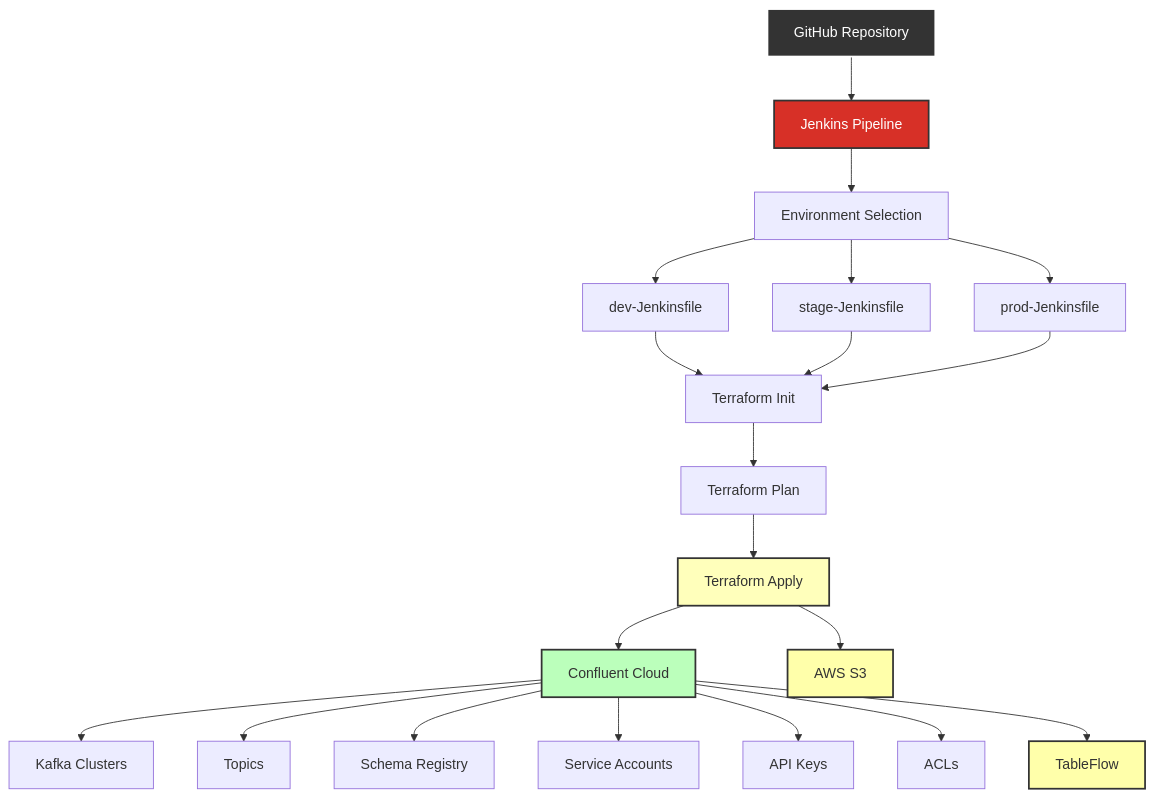
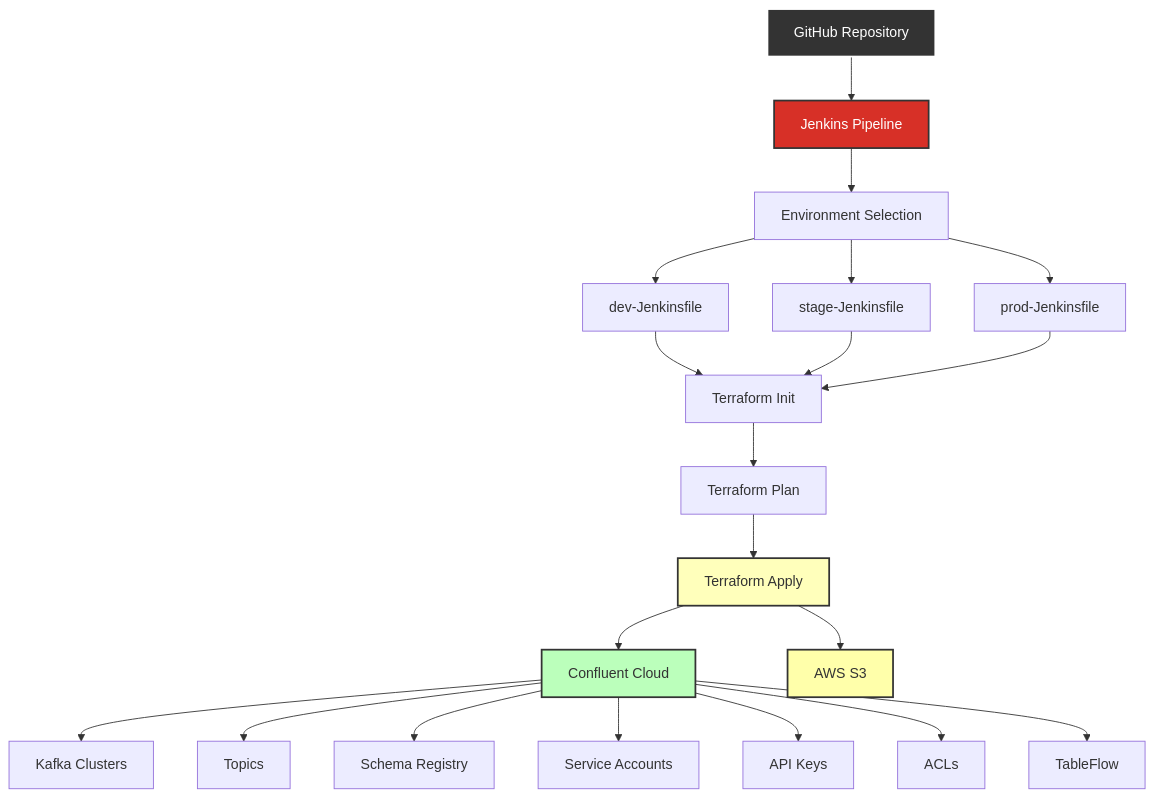
The diagram in README.md (ssantrosyan777/confluent-provisioning), drawn with Mermaid before and after one commit.

````diff
--- a/README.md
+++ b/README.md
@@ -62,29 +62,28 @@
 ```mermaid
 graph TD
     A[GitHub Repository] --> B[Jenkins Pipeline]
     B --> C[Environment Selection]
     C --> D[dev-Jenkinsfile]
     C --> E[stage-Jenkinsfile]
     C --> F[prod-Jenkinsfile]
     D --> G[Terraform Init]
     E --> G
     F --> G
     G --> H[Terraform Plan]
     H --> I[Terraform Apply]
     I --> J[Confluent Cloud]
     I --> Q[AWS S3]
     J --> K[Kafka Clusters]
     J --> L[Topics]
     J --> M[Schema Registry]
     J --> N[Service Accounts]
     J --> O[API Keys]
     J --> P[ACLs]
     J --> R[TableFlow]
     
     style A fill:#333,stroke:#fff,stroke-width:2px,color:#fff
     style B fill:#d73027,stroke:#333,stroke-width:2px,color:#fff
     style J fill:#bfb,stroke:#333,stroke-width:2px
     style I fill:#ffb,stroke:#333,stroke-width:2px
     style Q fill:#ffa,stroke:#333,stroke-width:2px
-    style R fill:#ffa,stroke:#333,stroke-width:2px
 ```
````
